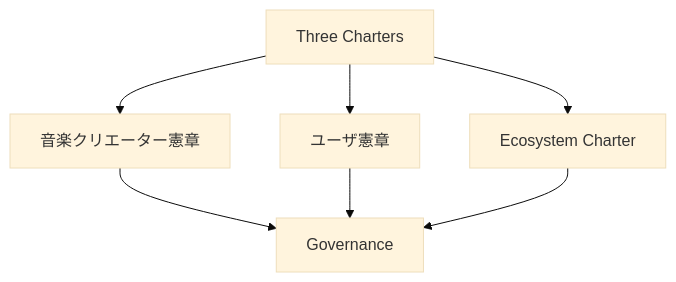
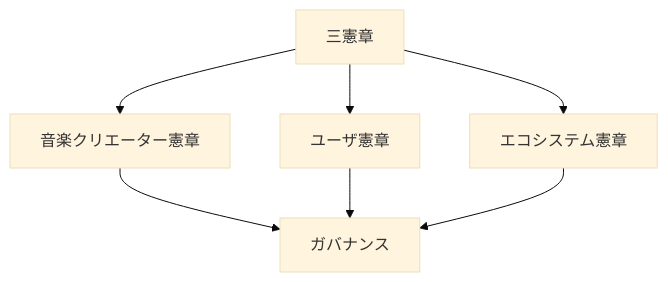
The sixth of 47 diagrams in docs/whitepaper/13-roadmap.md (ShigeichiroYamasaki/creator-first-platform), drawn with Mermaid (base theme) before and after one commit. The commit also changed other lines of this file and 72 other files, not shown here.

````diff
--- a/docs/whitepaper/13-roadmap.md
+++ b/docs/whitepaper/13-roadmap.md
@@ -166,12 +166,12 @@
 ```mermaid
 flowchart TD
-    CHARTER[Three Charters]
+    CHARTER[三憲章]
 
     CHARTER --> CC[音楽クリエーター憲章]
     CHARTER --> UC[ユーザ憲章]
-    CHARTER --> EC[Ecosystem Charter]
+    CHARTER --> EC[エコシステム憲章]
 
-    CC --> GOV[Governance]
+    CC --> GOV[ガバナンス]
     UC --> GOV
     EC --> GOV
 ```
````
